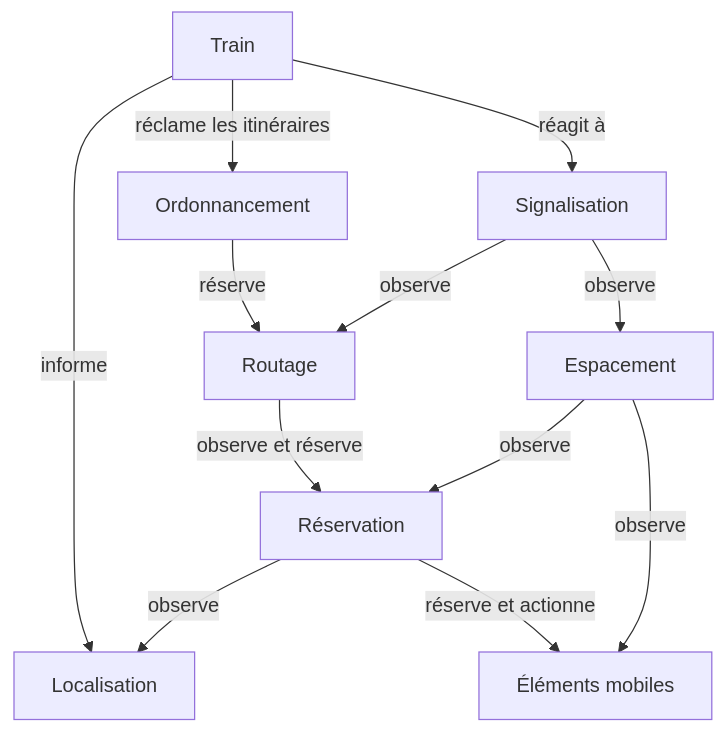
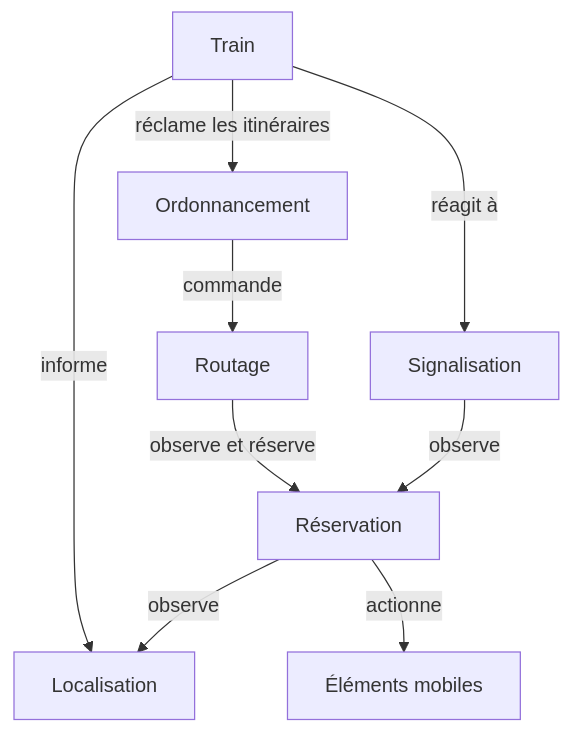
The diagram in content/developers/simulation-model/_index.md (OpenRailAssociation/osrd-website), drawn with Mermaid before and after one commit. The commit also changed other lines of this file and 7 other files, not shown here.

````diff
--- a/content/developers/simulation-model/_index.md
+++ b/content/developers/simulation-model/_index.md
@@ -31,42 +31,37 @@
 ```mermaid
 flowchart TD
     %%%% NODES
 
     train[Train]
     %% ↓
     signaling[Signalisation]
     %% ↓
     routing[Routage]
     ordering[Ordonnancement]
-    spacing["Espacement"]
     %% ↓
     reservation[Réservation]
     %% ↓
     location[Localisation]
     movable-elements["Éléments mobiles"]
 
     %%%% EDGES
 
     train -- réagit à --> signaling
     train -- réclame les itinéraires --> ordering
-    signaling -- observe --> routing
-    ordering -- réserve --> routing
-    signaling -- observe --> spacing
-    spacing -- observe --> reservation
-    spacing -- observe --> movable-elements
+    ordering -- commande --> routing
+    signaling -- observe --> reservation
     routing -- observe et réserve --> reservation
     reservation -- observe --> location
-    reservation -- réserve et actionne --> movable-elements
+    reservation -- actionne --> movable-elements
     train -- informe --> location
 
     %%%% CLICKABLE LINKS
 
     click train href "./train/" _self
     click ordering href "./ordering/" _self
     click signaling href "./signaling/" _self
     click routing href "./routing/" _self
-    click spacing href "./spacing/" _self
     click reservation href "./reservation/" _self
     click location href "./location/" _self
     click movable-elements href "./movable-elements/" _self
 ```
````
